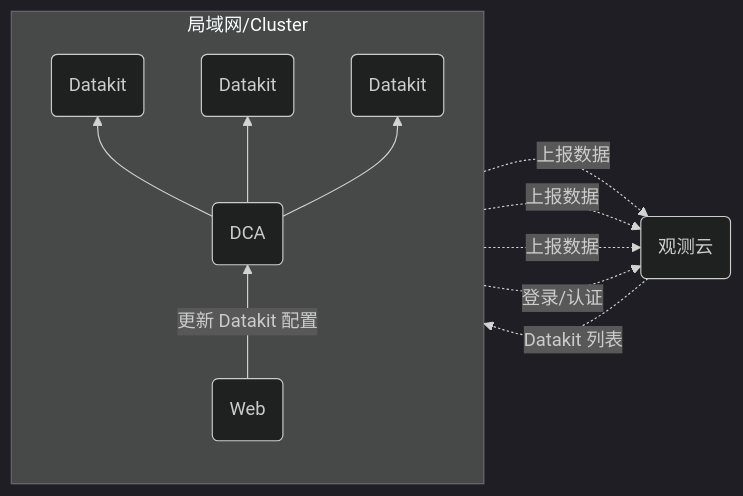
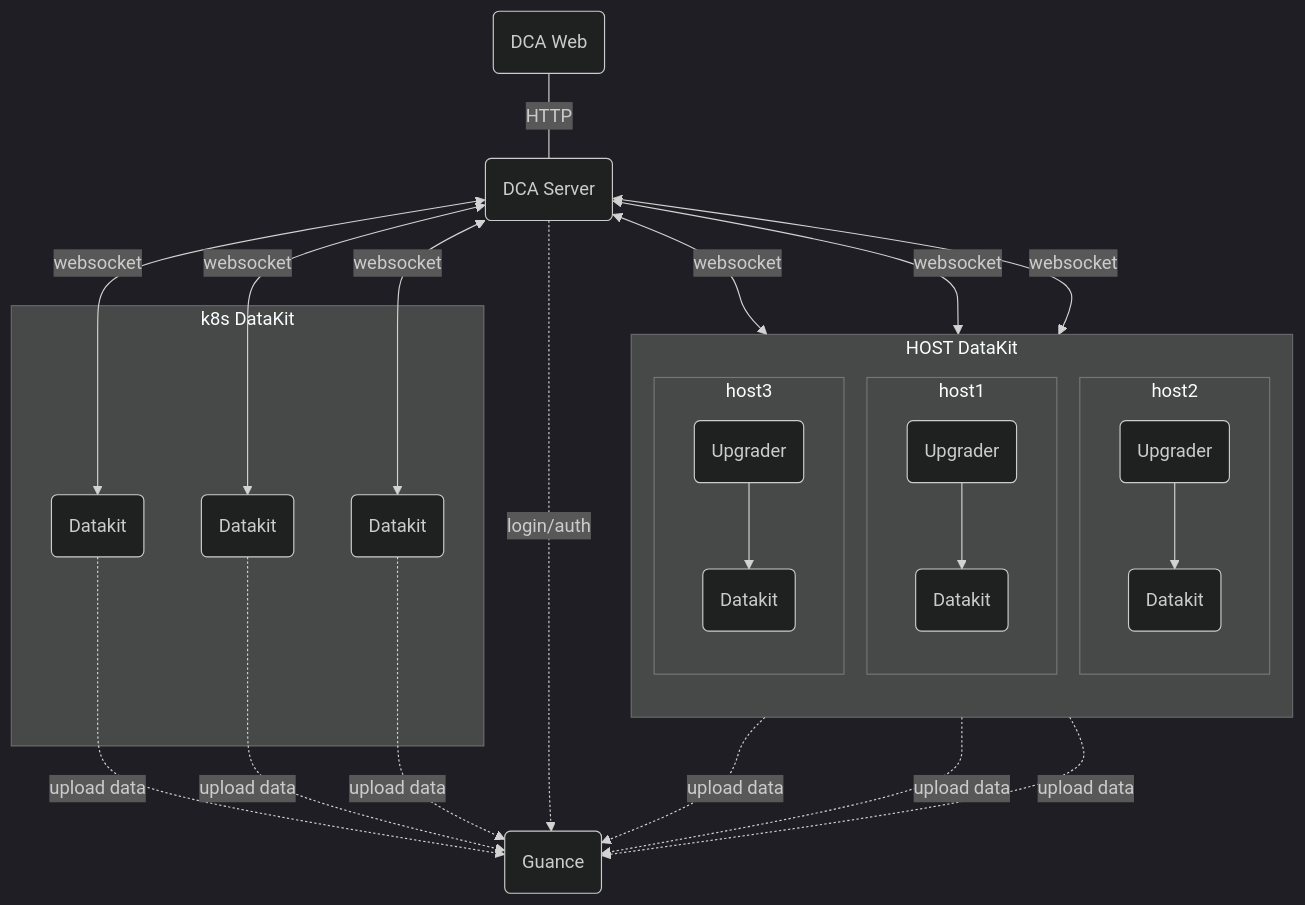
One commit to GuanceCloud/datakit changed the diagram in internal/export/doc/zh/dca.md. Above: the diagram before and after it, drawn with Mermaid (dark theme). The commit also changed other lines of this file and 150 other files, not shown here.

Commit message:
Dca testing 2333 dk dca websocket

````diff
--- a/internal/export/doc/zh/dca.md
+++ b/internal/export/doc/zh/dca.md
@@ -16,26 +16,47 @@
 ```mermaid
-flowchart LR;
+flowchart TB;
 
-dca(DCA);
+dca_server(DCA Server);
+dca_web(DCA Web);
+dk_upgrader1(Upgrader);
+dk_upgrader2(Upgrader);
+dk_upgrader3(Upgrader);
 dk1(Datakit);
 dk2(Datakit);
 dk3(Datakit);
-guance(观测云);
-dca_web(Web);
-%%%
+k8s_dk1(Datakit);
+k8s_dk2(Datakit);
+k8s_dk3(Datakit);
+guance(Guance);
 
-subgraph "局域网/Cluster"
-direction BT
-dca_web --> |更新 Datakit 配置|dca;
-
-dca --> dk1;
-dca --> dk2;
-dca --> dk3;
+subgraph HOST DataKit
+    direction TB;
+    subgraph host_sub1 ["host1"]
+        dk_upgrader1 --> dk1;         
+    end
+    subgraph host_sub2 ["host2"]
+        dk_upgrader2 --> dk2;    
+    end
+    subgraph host_sub3 ["host3"]
+        dk_upgrader3 --> dk3;       
+    end
 end
 
-dk1 -.-> |上报数据|guance;
-dk2 -.-> |上报数据|guance;
-dk3 -.-> |上报数据|guance;
-dca -.-> |登录/认证|guance;
-guance -.-> |Datakit 列表| dca
+subgraph k8s DataKit
+ k8s_dk1
+ k8s_dk2
+ k8s_dk3
+end
+    
+dk1 -.-> |upload data|guance;
+dk2 -.-> |upload data|guance;
+dk3 -.-> |upload data|guance;
+k8s_dk1 -.-> |upload data|guance;
+k8s_dk2 -.-> |upload data|guance;
+k8s_dk3 -.-> |upload data|guance;
+
+dca_server <--> |websocket| dk_upgrader1 & dk_upgrader2 & dk_upgrader3 & k8s_dk1 & k8s_dk2 & k8s_dk3
+dca_web -- HTTP --- dca_server;
+
+dca_server -.-> |login/auth| guance;
 ```
````
